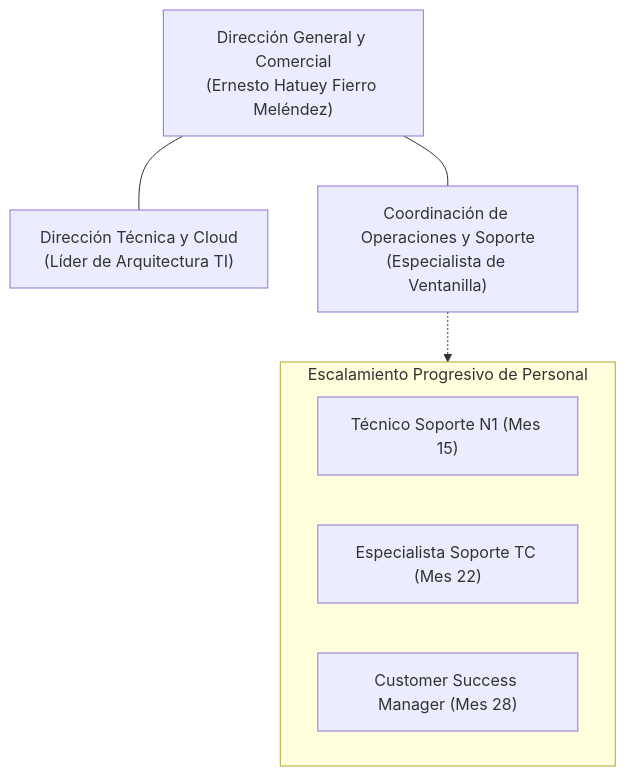
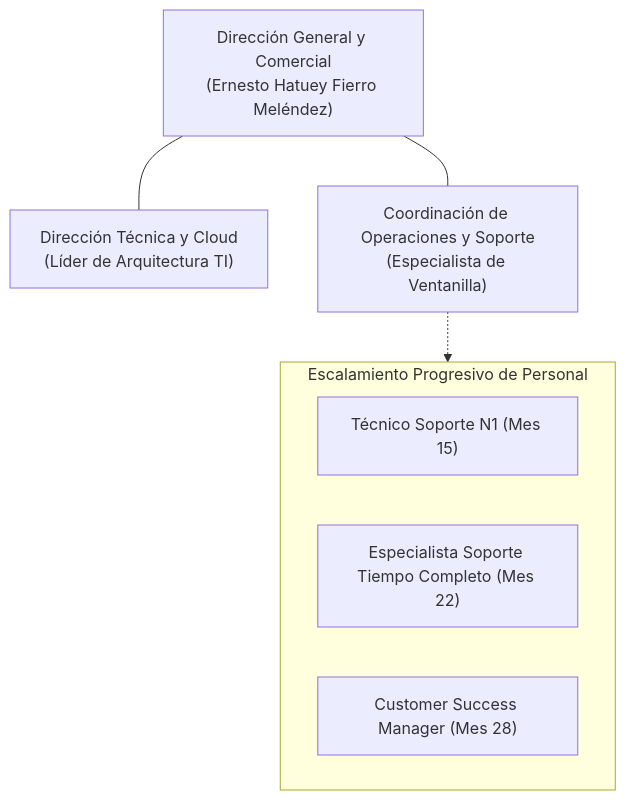
One commit to ErnestoFM/Inversion changed the fourth of 7 diagrams in docs/Propuesta_Inversion_SIGRE_Corregida.md. Above: the diagram before and after it, drawn with Mermaid. The commit also changed other lines of this file and 22 other files, not shown here.

````diff
--- a/docs/Propuesta_Inversion_SIGRE_Corregida.md
+++ b/docs/Propuesta_Inversion_SIGRE_Corregida.md
@@ -298,14 +311,14 @@
 ```mermaid
 graph TD
     DG["Dirección General y Comercial<br>(Ernesto Hatuey Fierro Meléndez)"]
     DT["Dirección Técnica y Cloud<br>(Líder de Arquitectura TI)"]
     DO["Coordinación de Operaciones y Soporte<br>(Especialista de Ventanilla)"]
     DG --- DT
     DG --- DO
     subgraph EscalamientoAño2y3["Escalamiento Progresivo de Personal"]
         S1["Técnico Soporte N1 (Mes 15)"]
-        S2["Especialista Soporte TC (Mes 22)"]
+        S2["Especialista Soporte Tiempo Completo (Mes 22)"]
         S3["Customer Success Manager (Mes 28)"]
     end
     DO -.-> EscalamientoAño2y3
 ```
````
